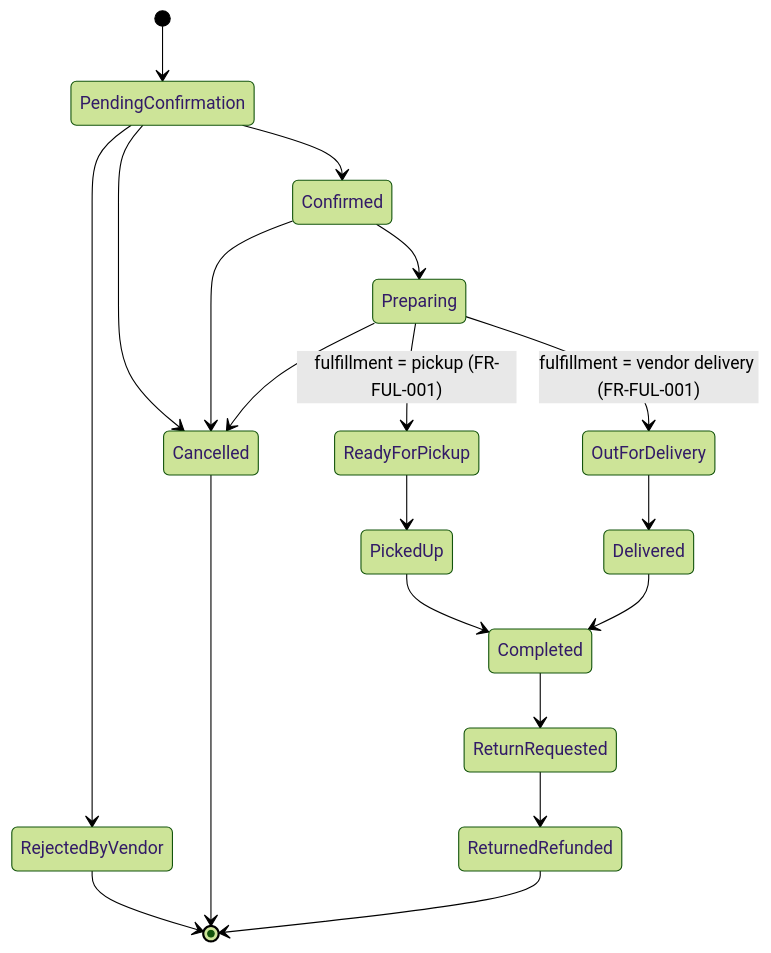
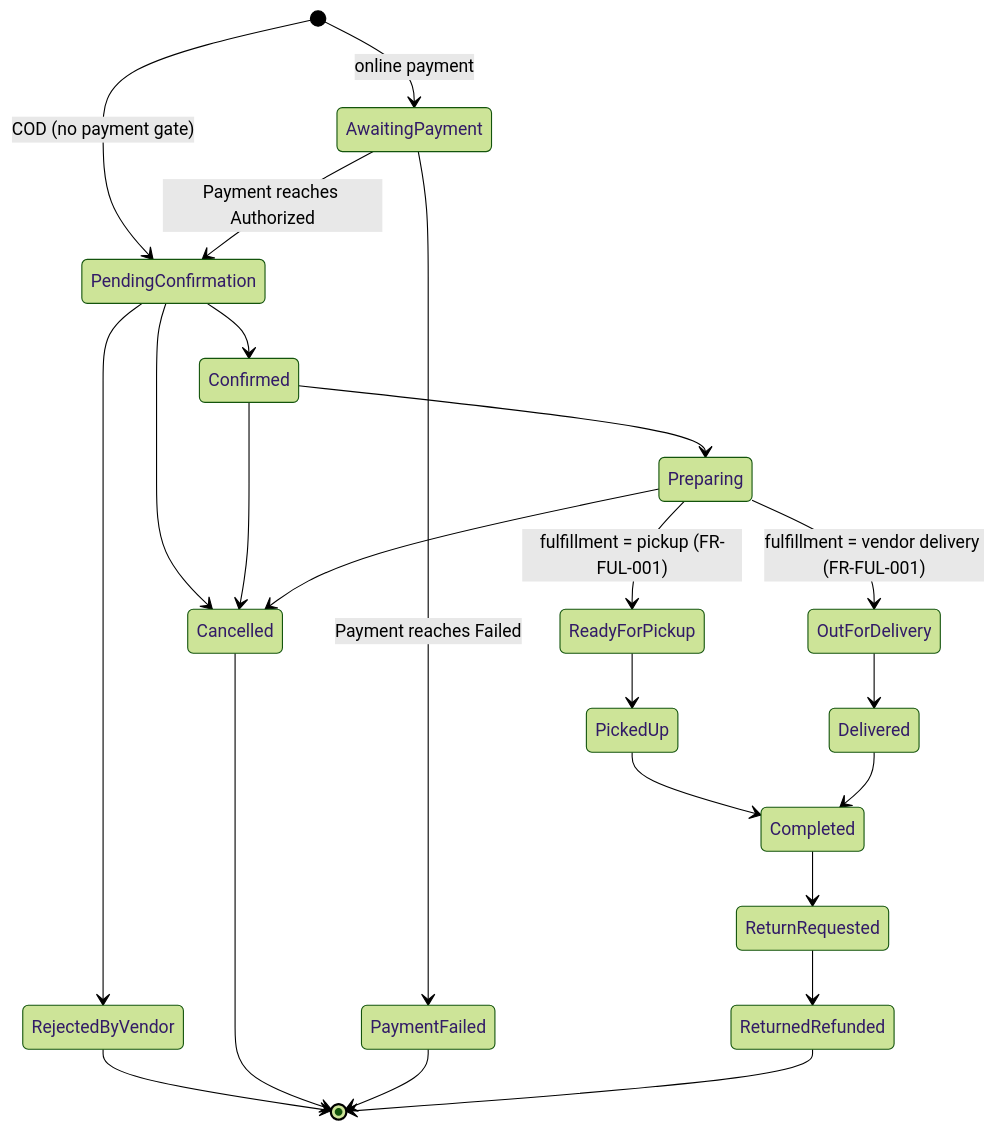
Before and after one commit to FINALTALA/FINALPRO: the third of 7 diagrams in docs/srs/02-functional-requirements.md, drawn with Mermaid (forest theme). The commit also changed other lines of this file and 2 other files, not shown here.

````diff
--- a/docs/srs/02-functional-requirements.md
+++ b/docs/srs/02-functional-requirements.md
@@ -290,21 +292,25 @@
 ```mermaid
 stateDiagram-v2
-    [*] --> PendingConfirmation
+    [*] --> AwaitingPayment: online payment
+    [*] --> PendingConfirmation: COD (no payment gate)
+    AwaitingPayment --> PendingConfirmation: Payment reaches Authorized
+    AwaitingPayment --> PaymentFailed: Payment reaches Failed
     PendingConfirmation --> Confirmed
     PendingConfirmation --> RejectedByVendor
     PendingConfirmation --> Cancelled
     Confirmed --> Preparing
     Confirmed --> Cancelled
     Preparing --> ReadyForPickup: fulfillment = pickup (FR-FUL-001)
     Preparing --> OutForDelivery: fulfillment = vendor delivery (FR-FUL-001)
     Preparing --> Cancelled
     ReadyForPickup --> PickedUp
     OutForDelivery --> Delivered
     PickedUp --> Completed
     Delivered --> Completed
     Completed --> ReturnRequested
     ReturnRequested --> ReturnedRefunded
     RejectedByVendor --> [*]
     Cancelled --> [*]
+    PaymentFailed --> [*]
     ReturnedRefunded --> [*]
 ```
````
